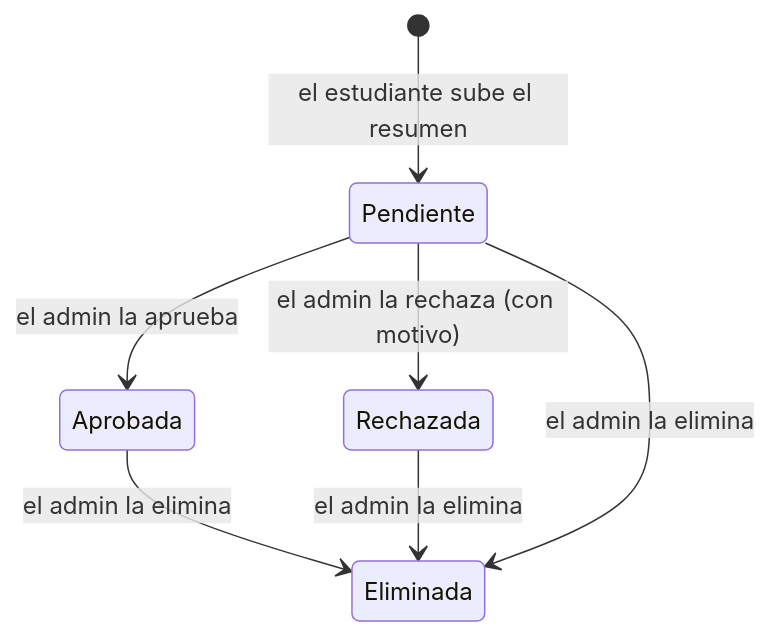
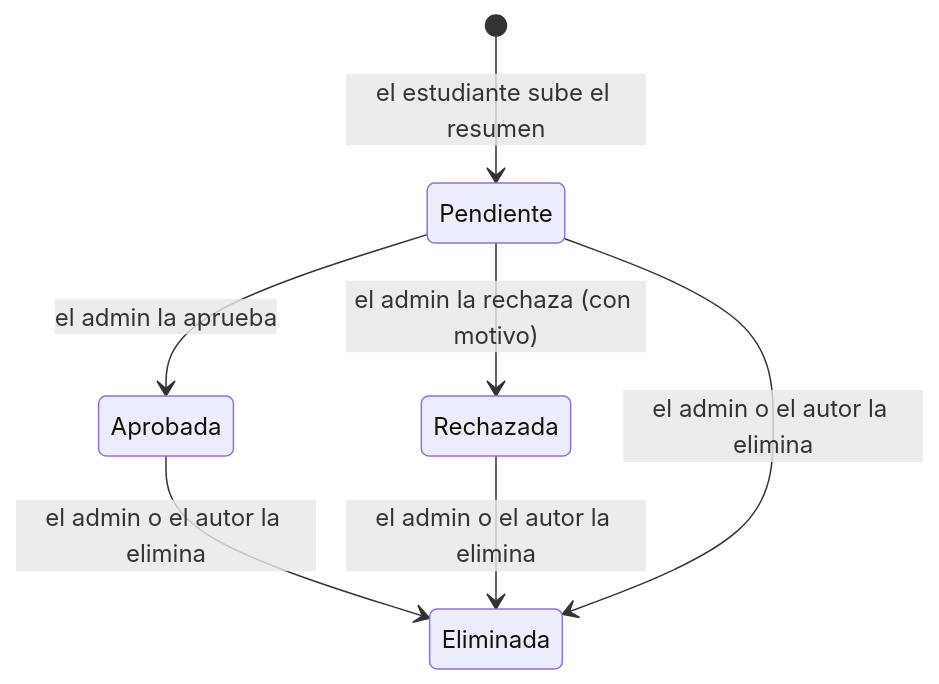
One commit to MichiSil/ProyectoEstudiario changed the second of 2 diagrams in SPEC.md. Above: the diagram before and after it, drawn with Mermaid. The commit also changed other lines of this file and 1 other file, not shown here.

Commit message:
SPEC y README: el autor elimina sus propios resúmenes (RF-31)
SPEC: RF-31, CA-40, RF-18 aclarado y los estados de la publicación. README: curl de DELETE /api/forum/summaries/{id}.

````diff
--- a/SPEC.md
+++ b/SPEC.md
@@ -203,9 +204,9 @@
 ```mermaid
 stateDiagram-v2
     [*] --> Pendiente: el estudiante sube el resumen
     Pendiente --> Aprobada: el admin la aprueba
     Pendiente --> Rechazada: el admin la rechaza (con motivo)
-    Aprobada --> Eliminada: el admin la elimina
-    Rechazada --> Eliminada: el admin la elimina
-    Pendiente --> Eliminada: el admin la elimina
+    Aprobada --> Eliminada: el admin o el autor la elimina
+    Rechazada --> Eliminada: el admin o el autor la elimina
+    Pendiente --> Eliminada: el admin o el autor la elimina
 ```
````
